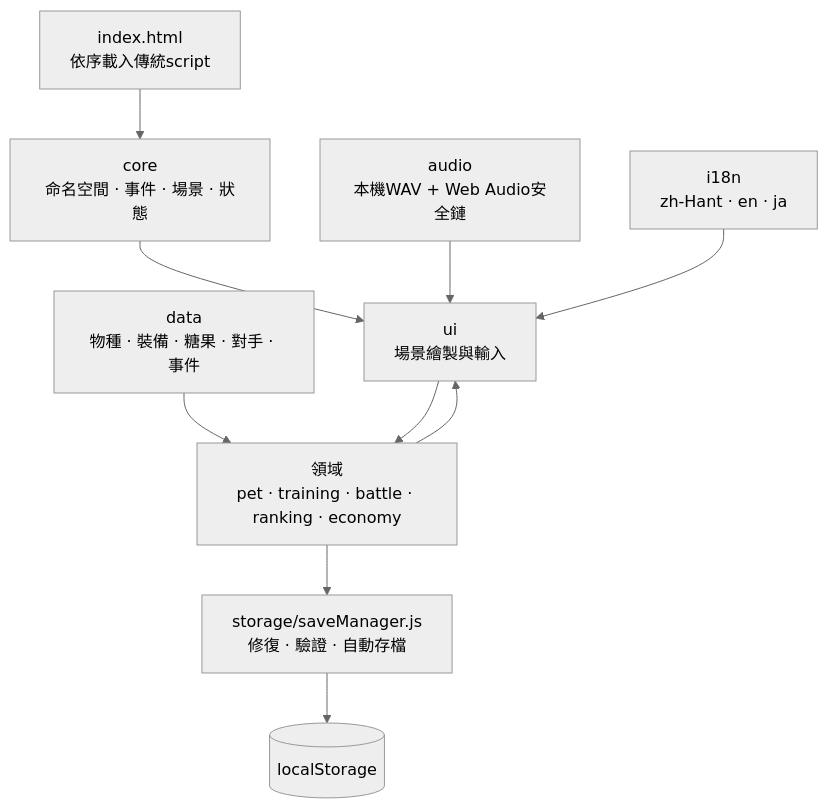
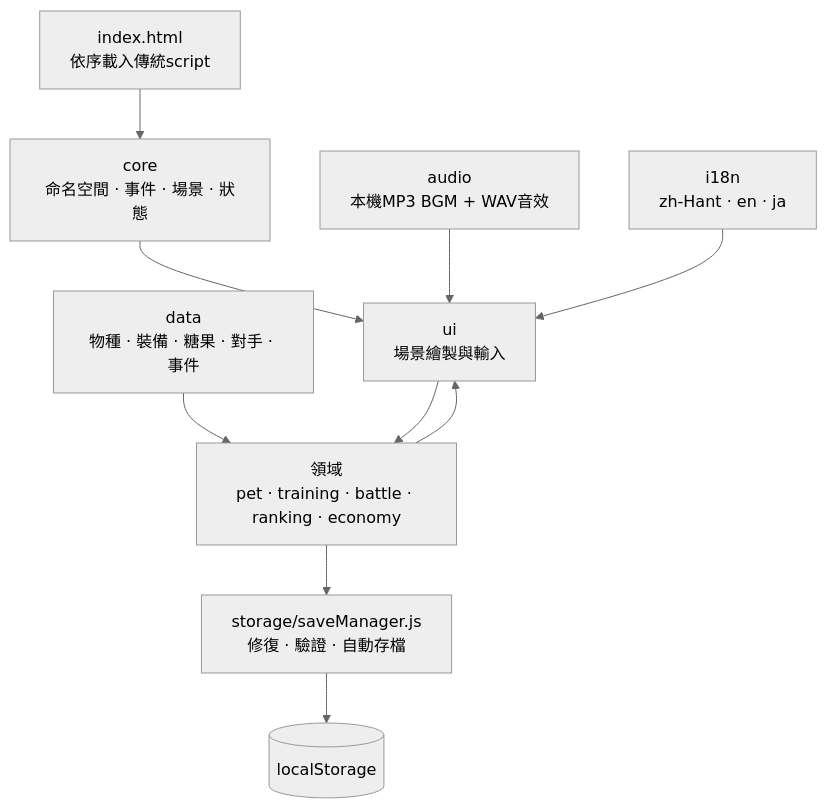
One commit to weipan84578/Games_Workshop changed the sixth of 6 diagrams in Pet_Simulation_Game/README.md. Above: the diagram before and after it, drawn with Mermaid (neutral theme). The commit also changed other lines of this file and 38 other files, not shown here.

````diff
--- a/Pet_Simulation_Game/README.md
+++ b/Pet_Simulation_Game/README.md
@@ -707,12 +728,12 @@
 ```mermaid
 flowchart TD
     HTML[index.html<br>依序載入傳統script] --> Core[core<br>命名空間 · 事件 · 場景 · 狀態]
     Data[data<br>物種 · 裝備 · 糖果 · 對手 · 事件] --> Domain
     Core --> UI[ui<br>場景繪製與輸入]
     UI --> Domain[領域<br>pet · training · battle · ranking · economy]
     Domain --> Save[storage/saveManager.js<br>修復 · 驗證 · 自動存檔]
     Save --> Local[(localStorage)]
     Domain --> UI
-    Audio[audio<br>本機WAV + Web Audio安全鏈] --> UI
+    Audio[audio<br>本機MP3 BGM + WAV音效] --> UI
     I18n[i18n<br>zh-Hant · en · ja] --> UI
 ```
````
